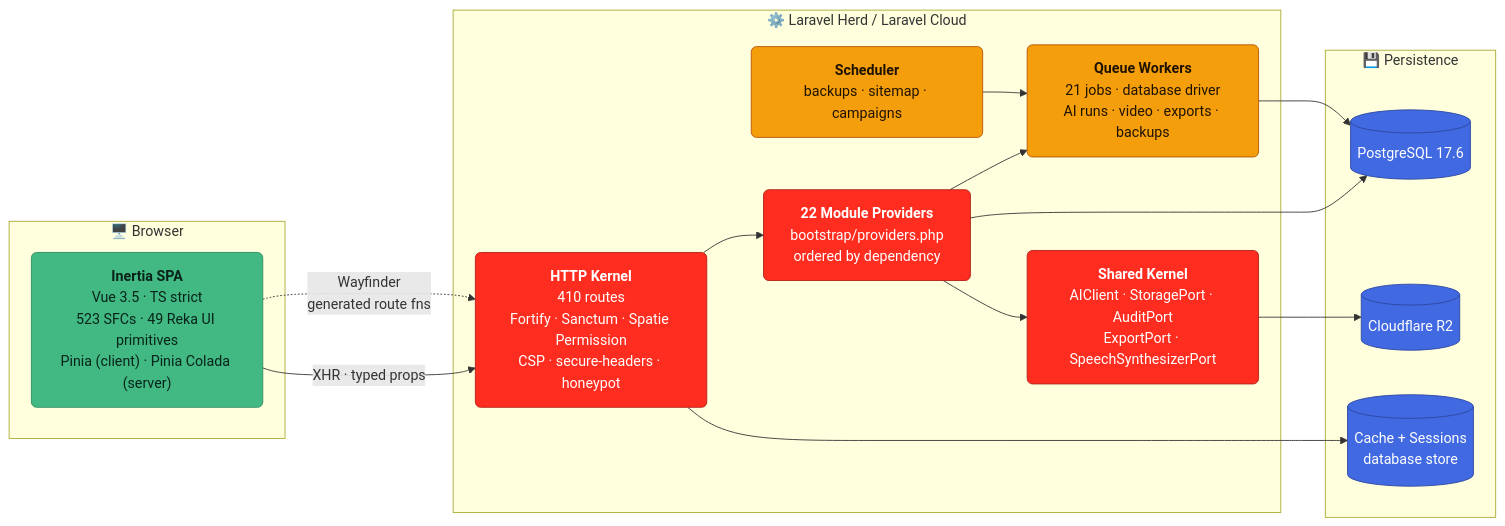
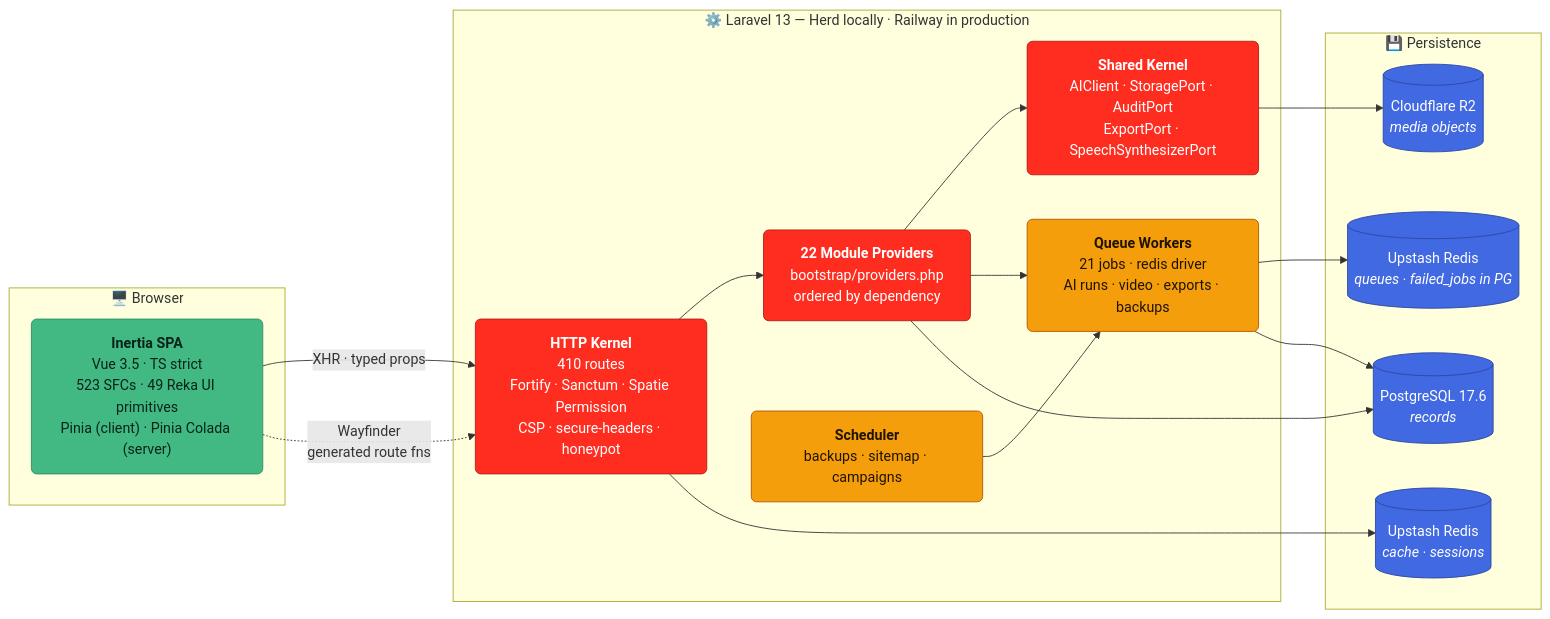
Before and after one commit to argenisdev692/argenis-hub: the second of 8 diagrams in README.md, drawn with Mermaid. The commit also changed other lines of this file, not shown here.

````diff
--- a/README.md
+++ b/README.md
@@ -128,36 +130,38 @@
 ```mermaid
 flowchart LR
     classDef ui fill:#42B883,stroke:#2F8C63,color:#08231A,rx:6,ry:6
     classDef app fill:#FF2D20,stroke:#B01F16,color:#fff,rx:6,ry:6
     classDef work fill:#F59E0B,stroke:#B45309,color:#1F1300,rx:6,ry:6
     classDef data fill:#4169E1,stroke:#2C48A0,color:#fff,rx:6,ry:6
 
     subgraph Browser["🖥️ Browser"]
         SPA["<b>Inertia SPA</b><br/>Vue 3.5 · TS strict<br/>523 SFCs · 49 Reka UI primitives<br/>Pinia (client) · Pinia Colada (server)"]:::ui
     end
 
-    subgraph Server["⚙️ Laravel Herd / Laravel Cloud"]
+    subgraph Server["⚙️ Laravel 13 — Herd locally · Railway in production"]
         HTTP["<b>HTTP Kernel</b><br/>410 routes<br/>Fortify · Sanctum · Spatie Permission<br/>CSP · secure-headers · honeypot"]:::app
         MOD["<b>22 Module Providers</b><br/>bootstrap/providers.php<br/>ordered by dependency"]:::app
         SH["<b>Shared Kernel</b><br/>AIClient · StoragePort · AuditPort<br/>ExportPort · SpeechSynthesizerPort"]:::app
-        Q["<b>Queue Workers</b><br/>21 jobs · database driver<br/>AI runs · video · exports · backups"]:::work
+        Q["<b>Queue Workers</b><br/>21 jobs · redis driver<br/>AI runs · video · exports · backups"]:::work
         SCH["<b>Scheduler</b><br/>backups · sitemap · campaigns"]:::work
     end
 
     subgraph Data["💾 Persistence"]
-        DB[("PostgreSQL 17.6")]:::data
-        OBJ[("Cloudflare R2")]:::data
-        CACHE[("Cache + Sessions<br/>database store")]:::data
+        DB[("PostgreSQL 17.6<br/><i>records</i>")]:::data
+        OBJ[("Cloudflare R2<br/><i>media objects</i>")]:::data
+        CACHE[("Upstash Redis<br/><i>cache · sessions</i>")]:::data
+        QUEUE[("Upstash Redis<br/><i>queues · failed_jobs in PG</i>")]:::data
     end
 
     SPA -->|"XHR · typed props"| HTTP
     HTTP --> MOD
     MOD --> SH
     MOD --> Q
     SCH --> Q
     MOD --> DB
+    Q --> QUEUE
     Q --> DB
     SH --> OBJ
     HTTP --> CACHE
     SPA -.->|"Wayfinder<br/>generated route fns"| HTTP
 ```
````
